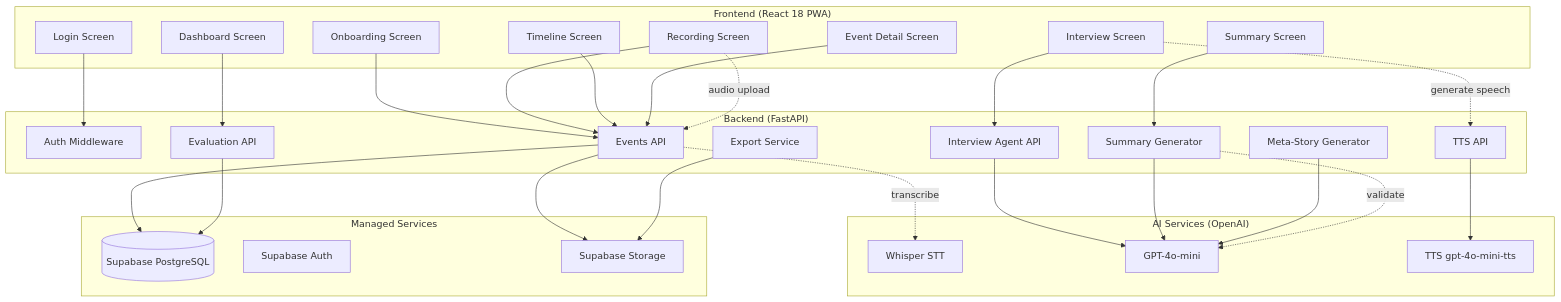
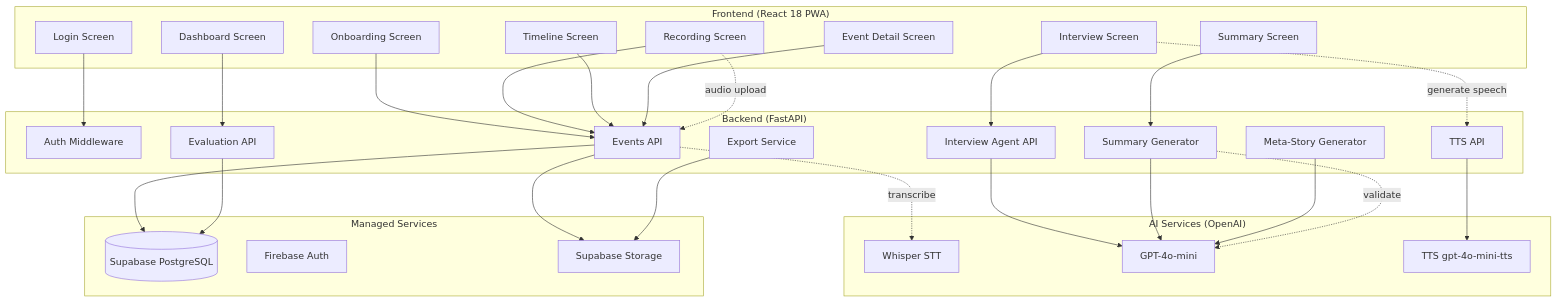
The first of 9 diagrams in docs/system-design.md (wszymilo/life-story-agent), drawn with Mermaid before and after one commit. The commit also changed other lines of this file and 6 other files, not shown here.

````diff
--- a/docs/system-design.md
+++ b/docs/system-design.md
@@ -15,59 +15,59 @@
 ```mermaid
 graph TB
     subgraph Client["Frontend (React 18 PWA)"]
         A[Login Screen]
         B[Onboarding Screen]
         C[Recording Screen]
         D[Interview Screen]
         E[Summary Screen]
         F[Timeline Screen]
         G[Event Detail Screen]
         H[Dashboard Screen]
     end
 
     subgraph API["Backend (FastAPI)"]
         I[Auth Middleware]
         J[Events API]
         K[Interview Agent API]
         L[TTS API]
         M[Summary Generator]
         N[Meta-Story Generator]
         O[Export Service]
         P[Evaluation API]
     end
 
     subgraph AI["AI Services (OpenAI)"]
         Q[Whisper STT]
         R[GPT-4o-mini]
         S[TTS gpt-4o-mini-tts]
     end
 
     subgraph External["Managed Services"]
         T[(Supabase PostgreSQL)]
-        U[Supabase Auth]
+        U[Firebase Auth]
         V[Supabase Storage]
     end
 
     A --> I
     B --> J
     C --> J
     D --> K
     E --> M
     F --> J
     G --> J
     H --> P
 
     J --> T
     J --> V
     K --> R
     L --> S
     M --> R
     N --> R
     O --> V
     P --> T
 
     C -.->|audio upload| J
     J -.->|transcribe| Q
     D -.->|generate speech| L
     M -.->|validate| R
 ```
````
